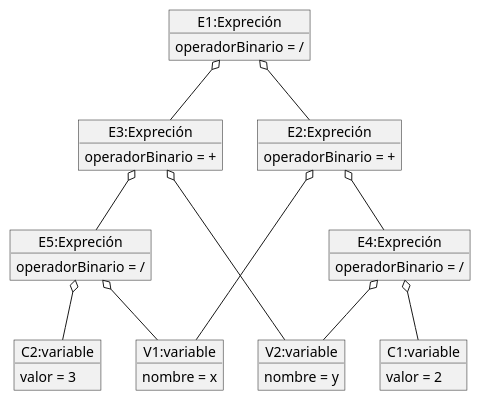
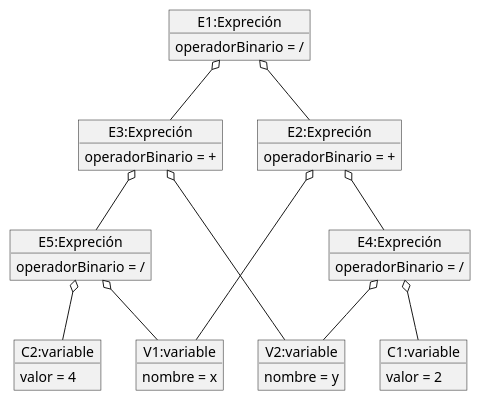
The diagram in prueba.puml (JuanDavid111/Practica-2), drawn with PlantUML before and after one commit.

Commit message:
prueba 2

```diff
--- a/prueba.puml
+++ b/prueba.puml
@@ -1,46 +1,44 @@
 @startuml Ejercicio d
 
 object "E1:Expreción" as o1
 o1 : operadorBinario = /
 
 object "E2:Expreción" as o2
 o2 : operadorBinario = +
 
 object "E3:Expreción" as o3
 o3 : operadorBinario = +
 
 object "E4:Expreción" as o4
 o4 : operadorBinario = /
 
 object "E5:Expreción" as o5
 o5 : operadorBinario = /
 
 object "V1:variable" as v1
 v1 : nombre = x
 
 object "V2:variable" as v2
 v2 : nombre = y
 
 object "C1:variable" as c1
 c1 : valor = 2
 
 object "C2:variable" as c2
-c2 : valor = 3
+c2 : valor = 4
 
 	o1 o-- o2
     o1 o-- o3
     o2 o-- o4
     o2 o-- v1
     o4 o-- v2
     o4 o-- c1
     o5 o-- c2
     o3 o-- o5
     o3 o-- v2
     o5 o-- v1
 
- 
-
 
 
 
 @enduml
```
